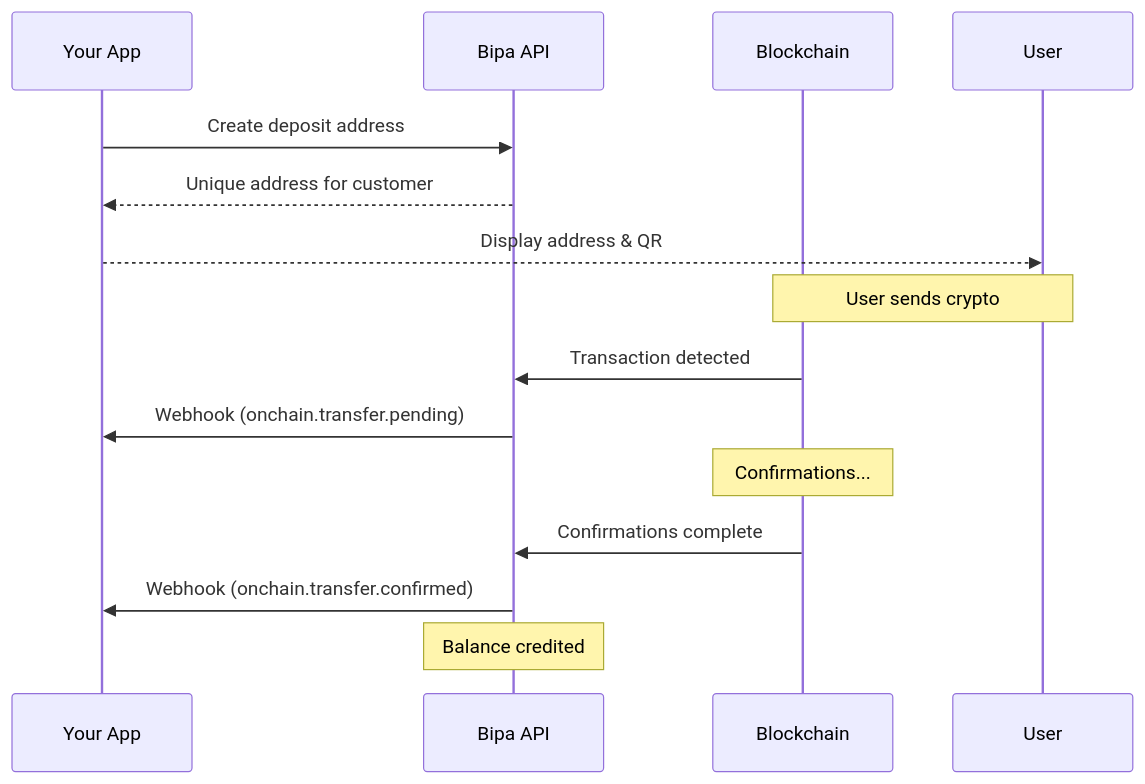
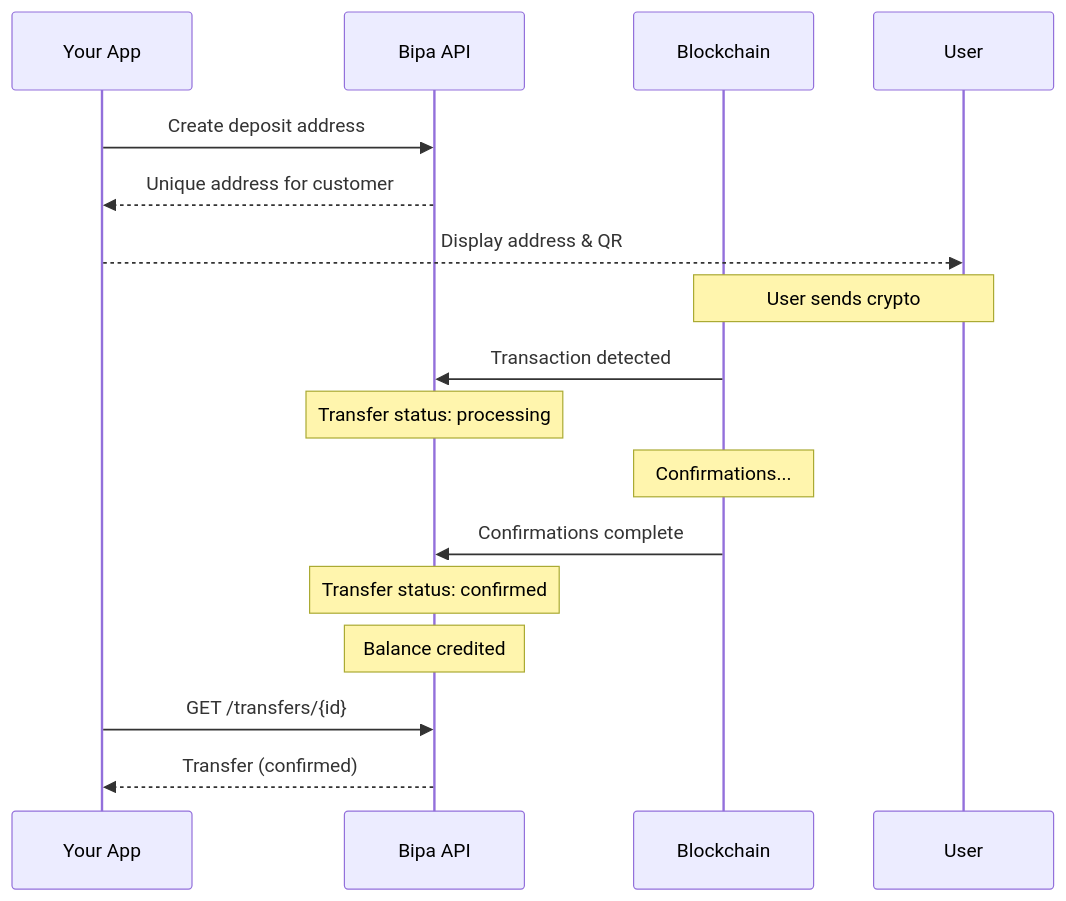
Before and after one commit to bipa-app/docs: the first of 2 diagrams in api-reference/onchain/overview.mdx, drawn with Mermaid. The commit also changed other lines of this file and 25 other files, not shown here.

````diff
--- a/api-reference/onchain/overview.mdx
+++ b/api-reference/onchain/overview.mdx
@@ -103,21 +103,23 @@
 ```mermaid
 sequenceDiagram
     participant App as Your App
     participant Bipa as Bipa API
     participant Chain as Blockchain
 
     App->>Bipa: Create deposit address
     Bipa-->>App: Unique address for customer
     App-->>User: Display address & QR
 
     Note over User,Chain: User sends crypto
 
     Chain->>Bipa: Transaction detected
-    Bipa->>App: Webhook (onchain.transfer.pending)
+    Note over Bipa: Transfer status: processing
 
     Note over Chain: Confirmations...
 
     Chain->>Bipa: Confirmations complete
-    Bipa->>App: Webhook (onchain.transfer.confirmed)
+    Note over Bipa: Transfer status: confirmed
     Note over Bipa: Balance credited
+    App->>Bipa: GET /transfers/{id}
+    Bipa-->>App: Transfer (confirmed)
 ```
````
